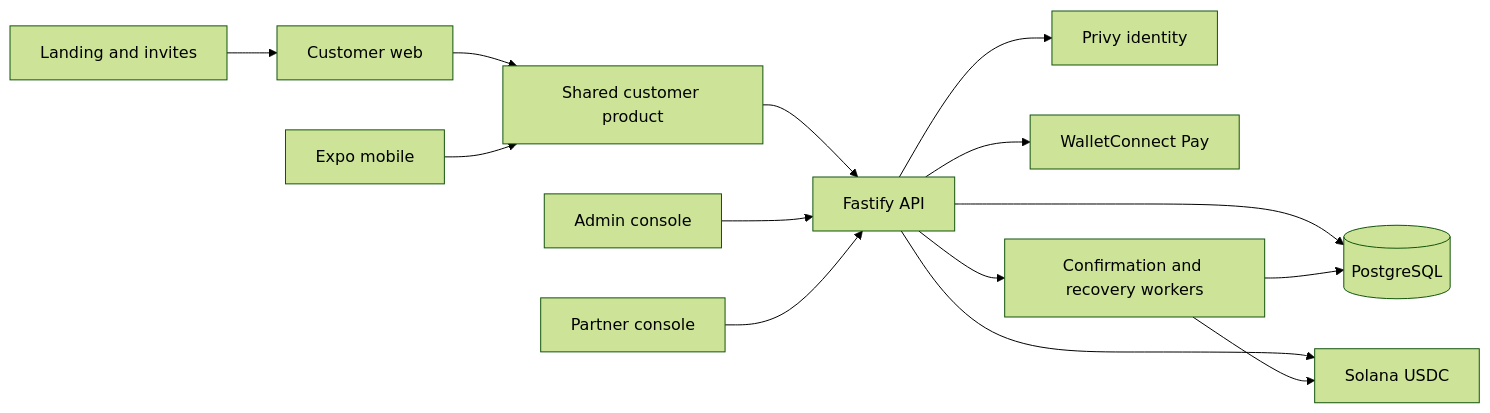
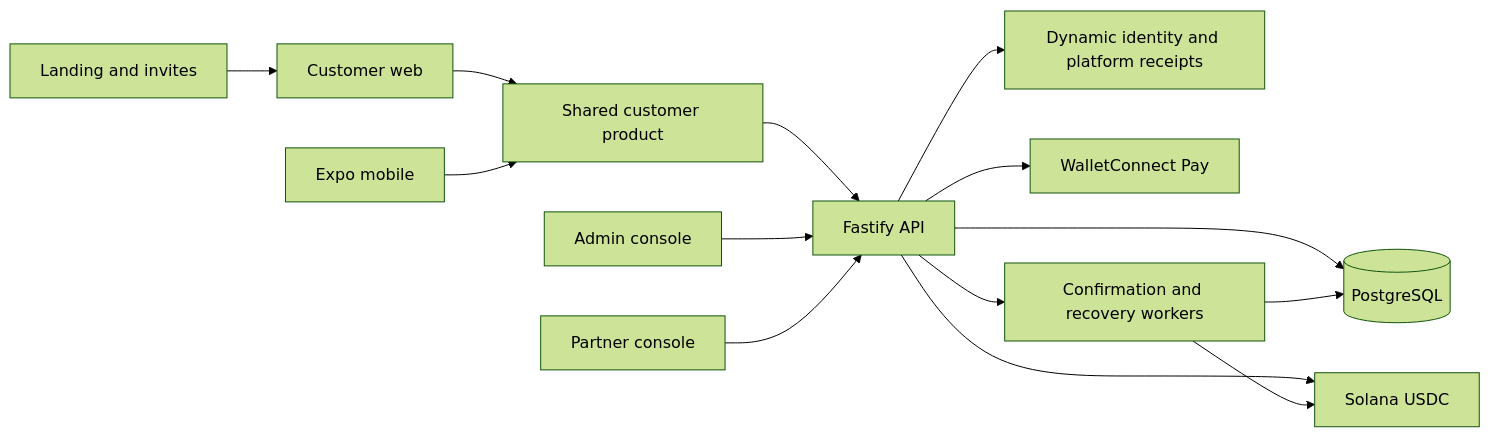
One commit to unabrijed/frenspay changed the first of 2 diagrams in PROJECT_CONTEXT.md. Above: the diagram before and after it, drawn with Mermaid (forest theme). The commit also changed other lines of this file and 103 other files, not shown here.

````diff
--- a/PROJECT_CONTEXT.md
+++ b/PROJECT_CONTEXT.md
@@ -30,16 +30,16 @@
 ```mermaid
 flowchart LR
   Landing[Landing and invites] --> Web[Customer web]
   Web --> Product[Shared customer product]
   Mobile[Expo mobile] --> Product
   Product --> API[Fastify API]
   Admin[Admin console] --> API
   LP[Partner console] --> API
   API --> DB[(PostgreSQL)]
-  API --> Privy[Privy identity]
+  API --> Dynamic[Dynamic identity and platform receipts]
   API --> Solana[Solana USDC]
   API --> WCP[WalletConnect Pay]
   API --> Workers[Confirmation and recovery workers]
   Workers --> DB
   Workers --> Solana
 ```
````
